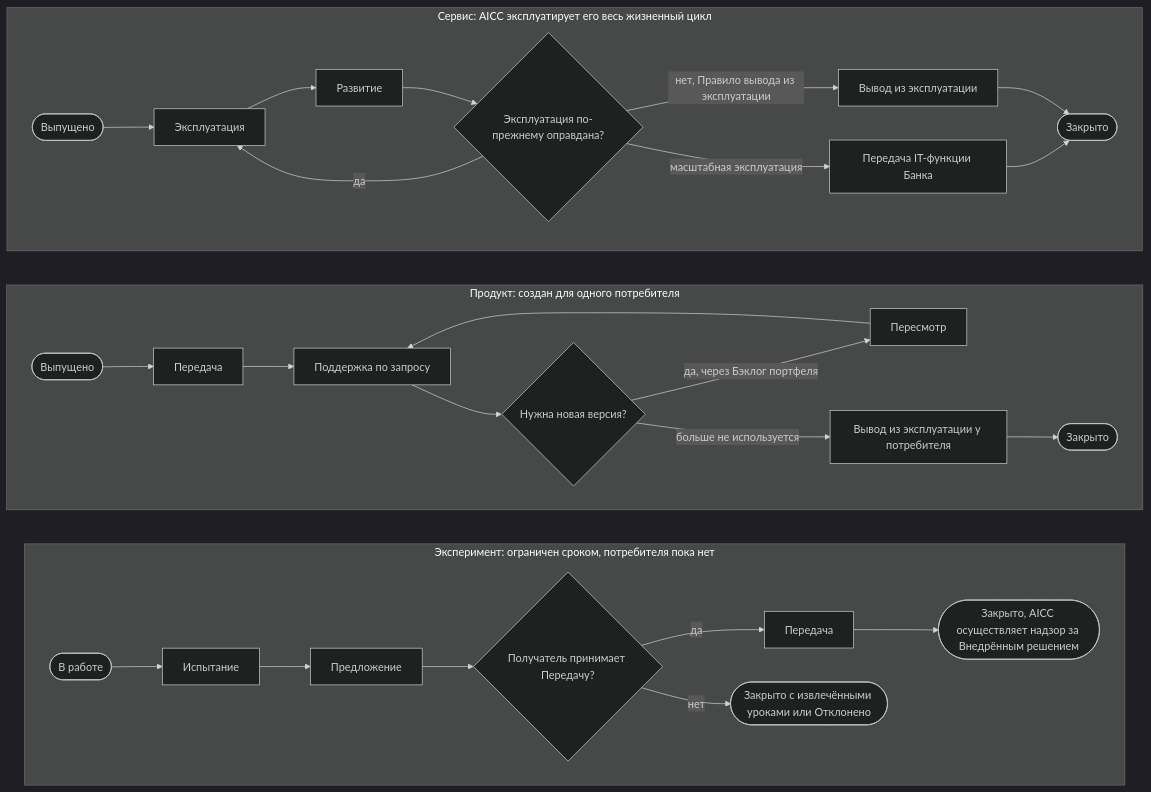
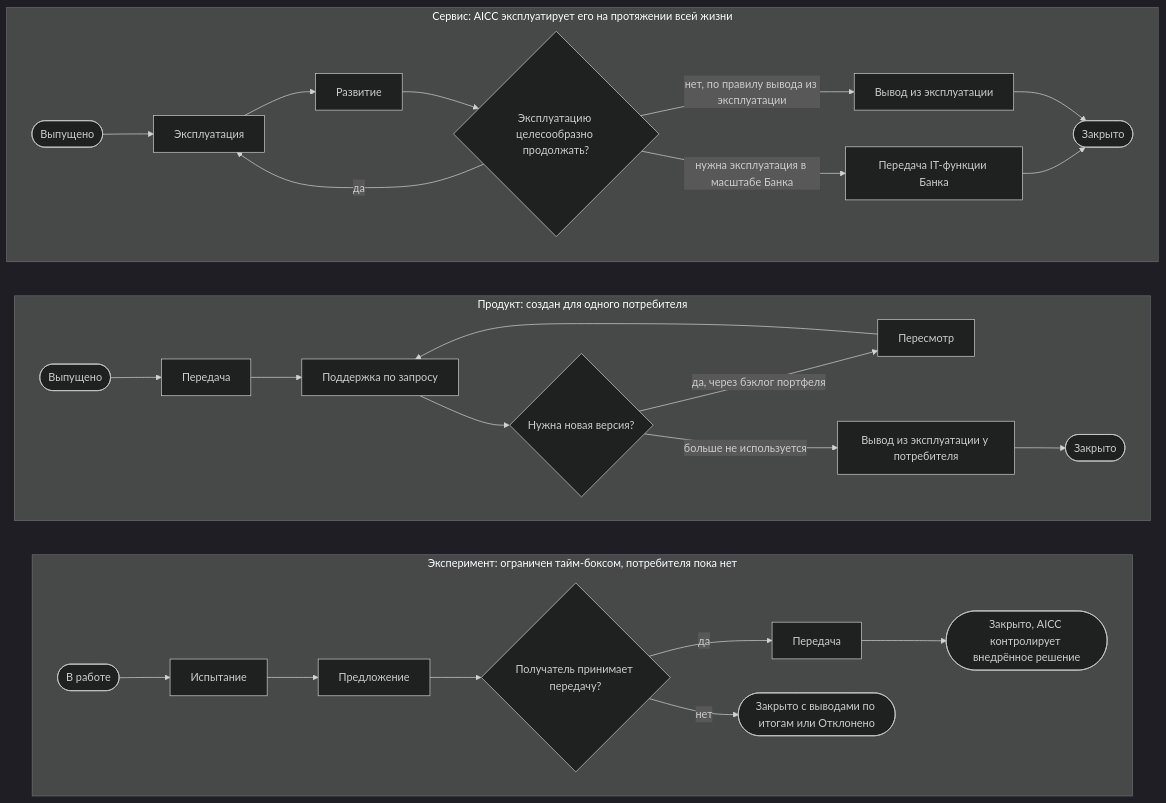
One commit to devhogu/ob-aicc changed the ninth of 13 diagrams in charter/ru/documents/solution-lifecycle-model.md. Above: the diagram before and after it, drawn with Mermaid (dark theme). The commit also changed other lines of this file and 1 other file, not shown here.

````diff
--- a/charter/ru/documents/solution-lifecycle-model.md
+++ b/charter/ru/documents/solution-lifecycle-model.md
@@ -390,24 +390,24 @@
 ```mermaid
 flowchart TB
-  subgraph SERVICE["Сервис: AICC эксплуатирует его весь жизненный цикл"]
+  subgraph SERVICE["Сервис: AICC эксплуатирует его на протяжении всей жизни"]
     direction LR
-    V0(["Выпущено"]) --> V1["Эксплуатация"] --> V2["Развитие"] --> VC{"Эксплуатация по-прежнему оправдана?"}
+    V0(["Выпущено"]) --> V1["Эксплуатация"] --> V2["Развитие"] --> VC{"Эксплуатацию целесообразно продолжать?"}
     VC -->|да| V1
-    VC -->|нет, Правило вывода из эксплуатации| V3["Вывод из эксплуатации"] --> V4(["Закрыто"])
-    VC -->|масштабная эксплуатация| V5["Передача IT-функции Банка"] --> V4
+    VC -->|нет, по правилу вывода из эксплуатации| V3["Вывод из эксплуатации"] --> V4(["Закрыто"])
+    VC -->|нужна эксплуатация в масштабе Банка| V5["Передача IT-функции Банка"] --> V4
   end
   subgraph PRODUCT["Продукт: создан для одного потребителя"]
     direction LR
     P0(["Выпущено"]) --> P1["Передача"] --> P2["Поддержка по запросу"] --> PC{"Нужна новая версия?"}
-    PC -->|да, через Бэклог портфеля| P3["Пересмотр"] --> P2
+    PC -->|да, через бэклог портфеля| P3["Пересмотр"] --> P2
     PC -->|больше не используется| P4["Вывод из эксплуатации у потребителя"] --> P5(["Закрыто"])
   end
-  subgraph EXPERIMENT["Эксперимент: ограничен сроком, потребителя пока нет"]
+  subgraph EXPERIMENT["Эксперимент: ограничен тайм-боксом, потребителя пока нет"]
     direction LR
-    E0(["В работе"]) --> E1["Испытание"] --> E2["Предложение"] --> EC{"Получатель принимает Передачу?"}
-    EC -->|да| E3["Передача"] --> E4(["Закрыто, AICC осуществляет надзор за Внедрённым решением"])
-    EC -->|нет| E5(["Закрыто с извлечёнными уроками или Отклонено"])
+    E0(["В работе"]) --> E1["Испытание"] --> E2["Предложение"] --> EC{"Получатель принимает передачу?"}
+    EC -->|да| E3["Передача"] --> E4(["Закрыто, AICC контролирует внедрённое решение"])
+    EC -->|нет| E5(["Закрыто с выводами по итогам или Отклонено"])
   end
   SERVICE ~~~ PRODUCT
   PRODUCT ~~~ EXPERIMENT
 ```
````
